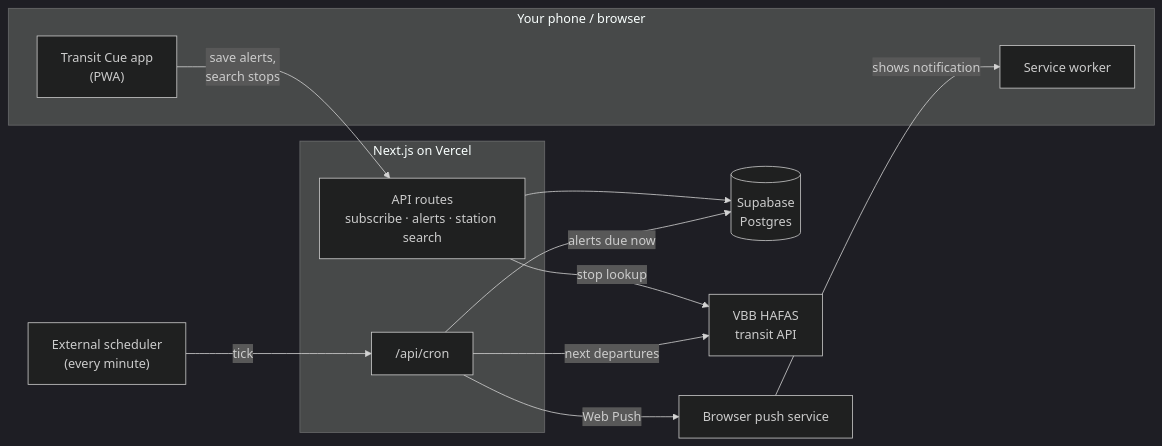
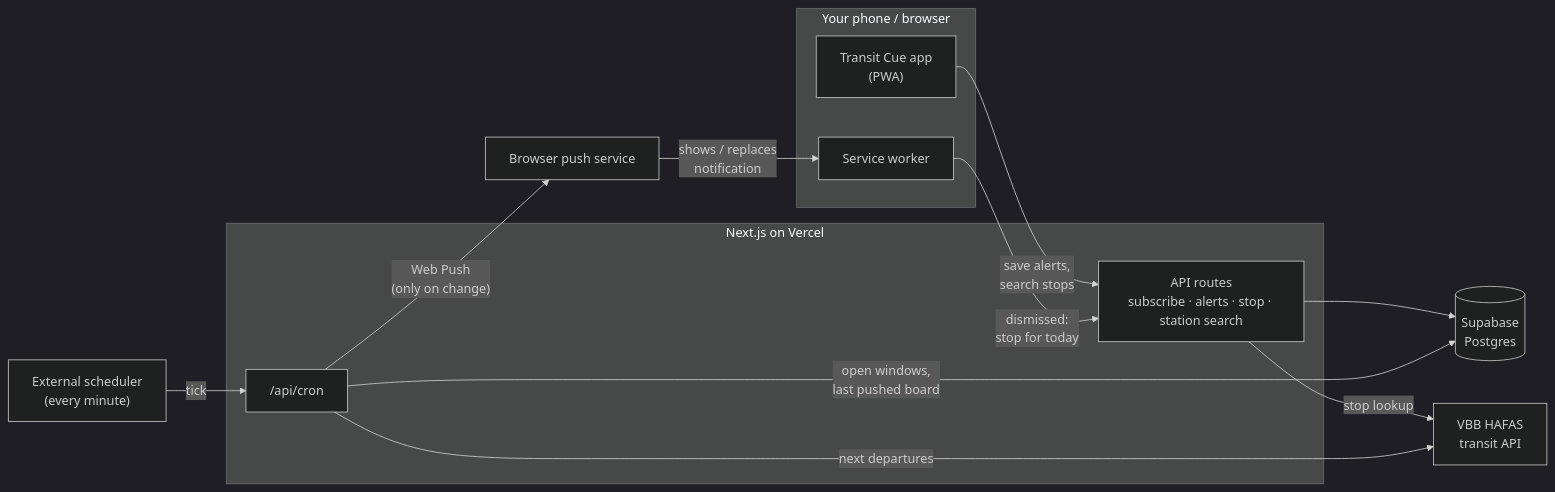
The diagram in README.md (klshriharsha/transit-cue), drawn with Mermaid (dark theme) before and after one commit. The commit also changed other lines of this file and 16 other files, not shown here.

````diff
--- a/README.md
+++ b/README.md
@@ -24,26 +27,27 @@
 ```mermaid
 flowchart LR
     subgraph Device["Your phone / browser"]
         UI["Transit Cue app<br/>(PWA)"]
         SW["Service worker"]
     end
 
     subgraph Server["Next.js on Vercel"]
-        API["API routes<br/>subscribe · alerts · station search"]
+        API["API routes<br/>subscribe · alerts · stop · station search"]
         CRON["/api/cron"]
     end
 
     DB[("Supabase<br/>Postgres")]
     HAFAS["VBB HAFAS<br/>transit API"]
     SCHED["External scheduler<br/>(every minute)"]
     PUSH["Browser push service"]
 
     UI -- "save alerts,<br/>search stops" --> API
     API --> DB
     API -- "stop lookup" --> HAFAS
     SCHED -- "tick" --> CRON
-    CRON -- "alerts due now" --> DB
+    CRON -- "open windows,<br/>last pushed board" --> DB
     CRON -- "next departures" --> HAFAS
-    CRON -- "Web Push" --> PUSH
-    PUSH -- "shows notification" --> SW
+    CRON -- "Web Push<br/>(only on change)" --> PUSH
+    PUSH -- "shows / replaces<br/>notification" --> SW
+    SW -- "dismissed:<br/>stop for today" --> API
 ```
````
